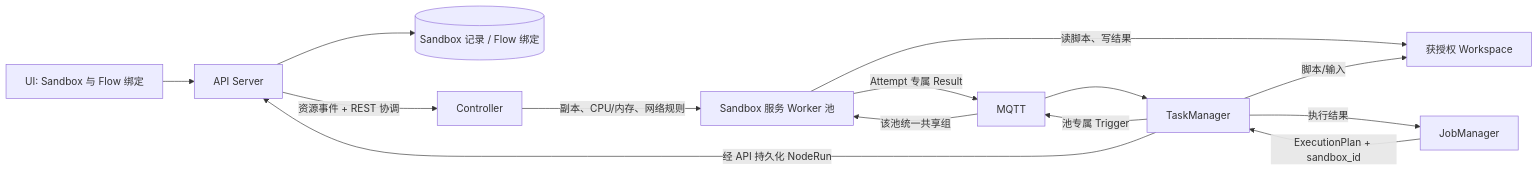
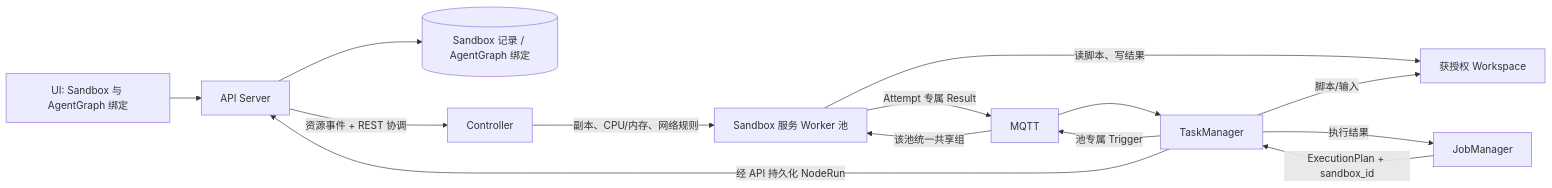
Before and after one commit to flowgent-labs/flowgent: the diagram in docs/architecture/engine/sandbox_ZH.md, drawn with Mermaid. The commit also changed other lines of this file and 396 other files, not shown here.

````diff
--- a/docs/architecture/engine/sandbox_ZH.md
+++ b/docs/architecture/engine/sandbox_ZH.md
@@ -63,16 +63,16 @@
 ```mermaid
 flowchart LR
-    UI[UI: Sandbox 与 Flow 绑定] --> API[API Server]
-    API --> DB[(Sandbox 记录 / Flow 绑定)]
+    UI[UI: Sandbox 与 AgentGraph 绑定] --> API[API Server]
+    API --> DB[(Sandbox 记录 / AgentGraph 绑定)]
     API -->|资源事件 + REST 协调| C[Controller]
     C -->|副本、CPU/内存、网络规则| P[Sandbox 服务 Worker 池]
     JM[JobManager] -->|ExecutionPlan + sandbox_id| TM[TaskManager]
     TM -->|脚本/输入| W[获授权 Workspace]
     TM -->|池专属 Trigger| MQ[MQTT]
     MQ -->|该池统一共享组| P
     P -->|读脚本、写结果| W
     P -->|Attempt 专属 Result| MQ
     MQ --> TM
     TM -->|经 API 持久化 NodeRun| API
     TM -->|执行结果| JM
 ```
````
